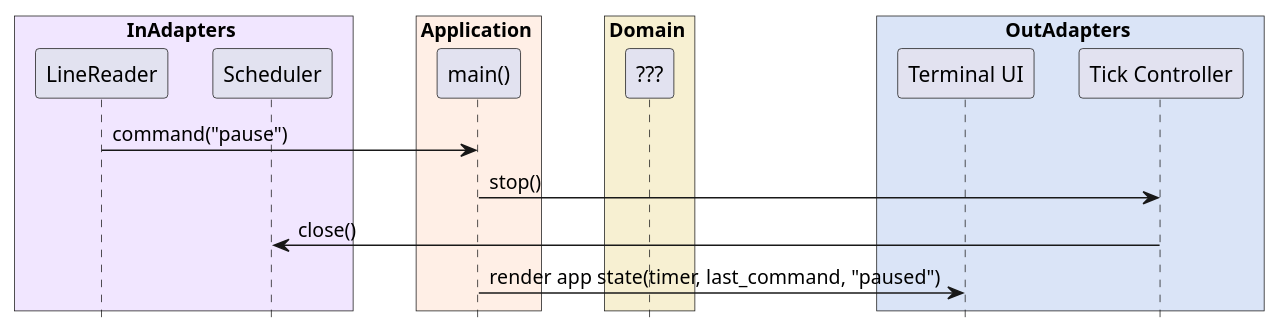
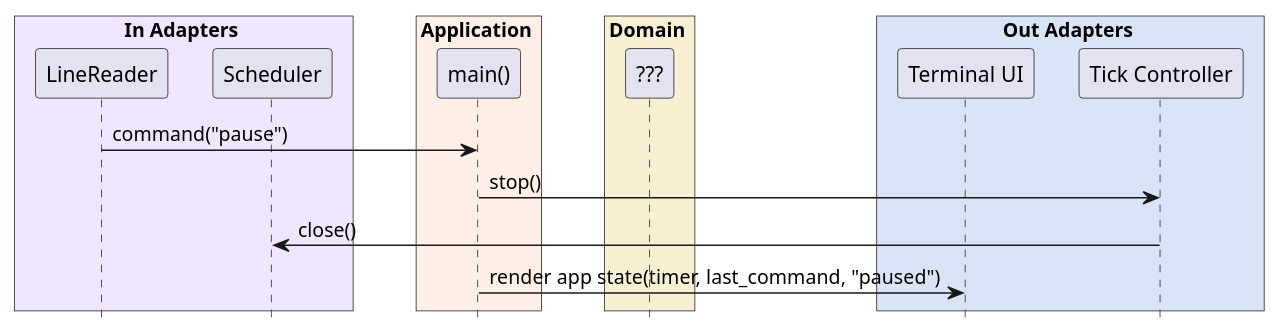
The diagram in diagrams/PauseTimer.puml (Suigi/conductor), drawn with PlantUML before and after one commit. The commit also changed 2 other files, not shown here.

Commit message:
Updated diagrams exploring options around how "less" should work with the Terminal UI

```diff
--- a/diagrams/PauseTimer.puml
+++ b/diagrams/PauseTimer.puml
@@ -1,24 +1,24 @@
 @startuml
 'https://plantuml.com/sequence-diagram
 
 footbox off
 skinparam ParticipantPadding 10
 skinparam BoxPadding 20
 
-box InAdapters #F1E6FF
+box In Adapters #F1E6FF
 participant LineReader as reader
 participant Scheduler as scheduler
 box Application #FFEFE6
 participant "main()" as main
 box Domain #F7F0D2
 participant "???" as domain
-box OutAdapters #DAE4F7
+box Out Adapters #DAE4F7
 participant "Terminal UI" as tui
 participant "Tick Controller" as tickController
 
 reader -> main: command("pause")
 main -> tickController: stop()
 tickController -> scheduler: close()
 main -> tui: render app state(timer, last_command, "paused")
 
 @enduml
```
